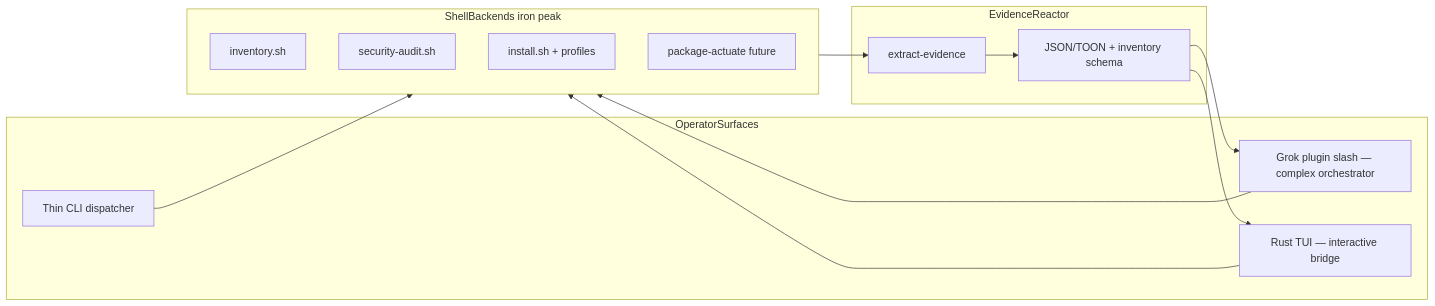
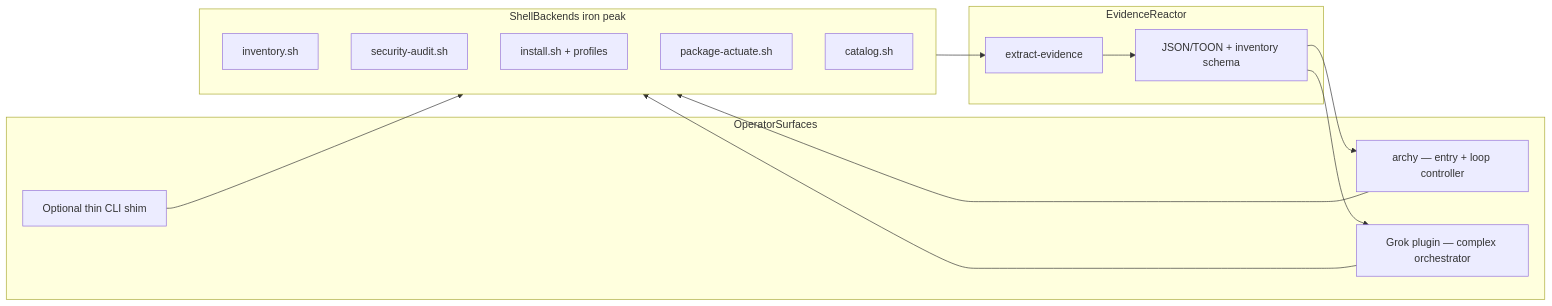
The first of 9 diagrams in arch-design/coming-next.md (p10ns11y/arch-machine), drawn with Mermaid before and after one commit. The commit also changed other lines of this file and 3 other files, not shown here.

First line of the commit message:
docs: center archy as main controller; demote tinfoil shim

````diff
--- a/arch-design/coming-next.md
+++ b/arch-design/coming-next.md
@@ -12,25 +14,26 @@
 ```mermaid
 flowchart LR
   subgraph surfaces [OperatorSurfaces]
-    Grok[Grok plugin slash — complex orchestrator]
-    RustTUI[Rust TUI — interactive bridge]
-    ThinCLI[Thin CLI dispatcher]
+    Archy[archy — entry + loop controller]
+    Grok[Grok plugin — complex orchestrator]
+    Shim[Optional thin CLI shim]
   end
   subgraph backends [ShellBackends iron peak]
     Inv[inventory.sh]
     Audit[security-audit.sh]
     Install[install.sh + profiles]
-    Actuate[package-actuate future]
+    Actuate[package-actuate.sh]
+    Catalog[catalog.sh]
   end
   subgraph loop [EvidenceReactor]
     Extract[extract-evidence]
     Bundles[JSON/TOON + inventory schema]
   end
+  Archy --> backends
   Grok --> backends
-  RustTUI --> backends
-  ThinCLI --> backends
+  Shim --> backends
   backends --> Extract
   Extract --> Bundles
+  Bundles --> Archy
   Bundles --> Grok
-  Bundles --> RustTUI
 ```
````
